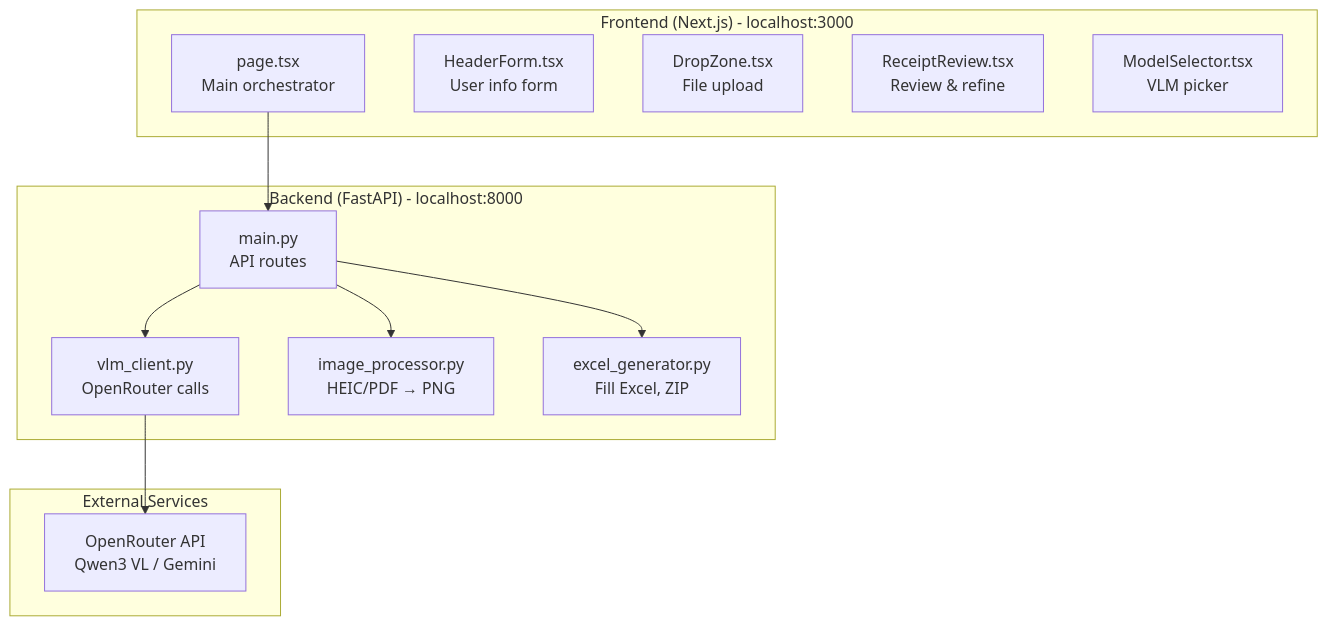
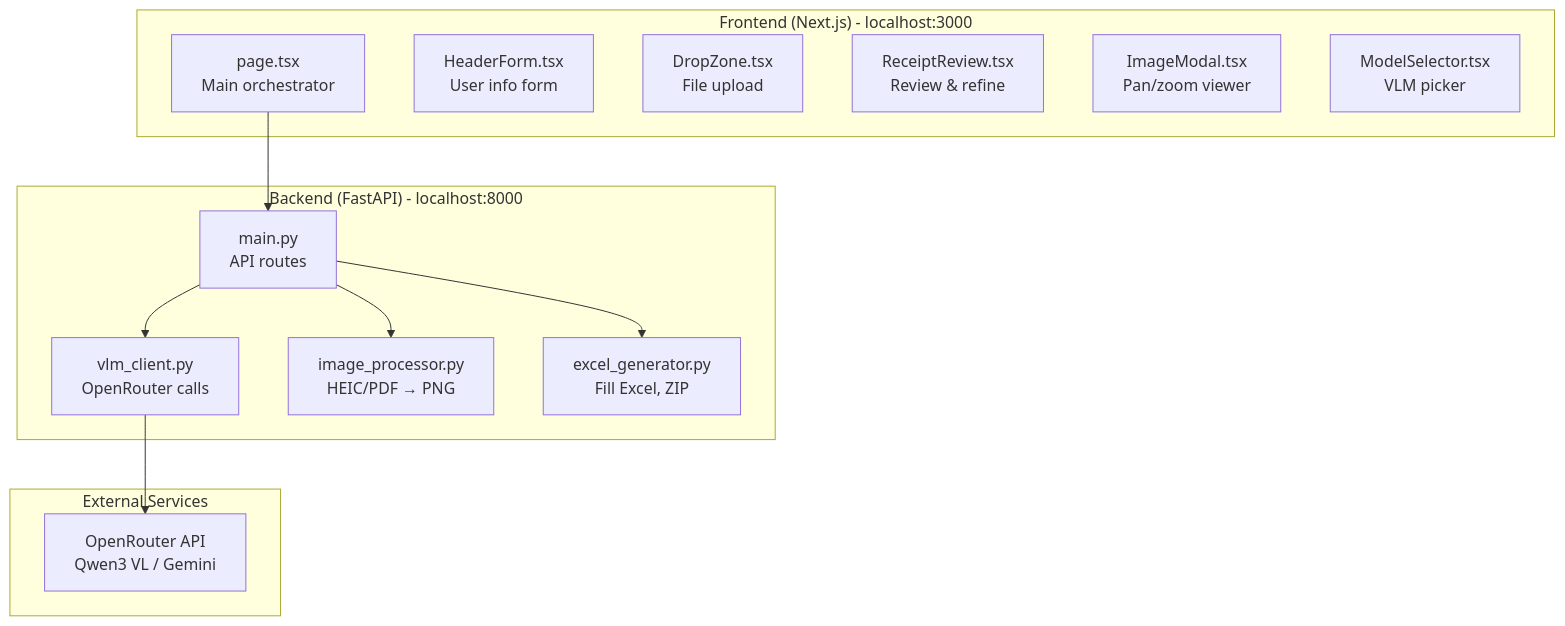
One commit to VishalJ99/imperial-cs-expense-filler changed the first of 4 diagrams in context.md. Above: the diagram before and after it, drawn with Mermaid. The commit also changed other lines of this file and 8 other files, not shown here.

````diff
--- a/context.md
+++ b/context.md
@@ -14,27 +14,28 @@
 ```mermaid
 flowchart TB
     subgraph Frontend["Frontend (Next.js) - localhost:3000"]
         page["page.tsx<br/>Main orchestrator"]
         header["HeaderForm.tsx<br/>User info form"]
         drop["DropZone.tsx<br/>File upload"]
         review["ReceiptReview.tsx<br/>Review & refine"]
+        imgmodal["ImageModal.tsx<br/>Pan/zoom viewer"]
         model["ModelSelector.tsx<br/>VLM picker"]
     end
 
     subgraph Backend["Backend (FastAPI) - localhost:8000"]
         main["main.py<br/>API routes"]
         vlm["vlm_client.py<br/>OpenRouter calls"]
         img["image_processor.py<br/>HEIC/PDF → PNG"]
         excel["excel_generator.py<br/>Fill Excel, ZIP"]
     end
 
     subgraph External["External Services"]
         openrouter["OpenRouter API<br/>Qwen3 VL / Gemini"]
     end
 
     page --> main
     main --> vlm
     main --> img
     main --> excel
     vlm --> openrouter
 ```
````
